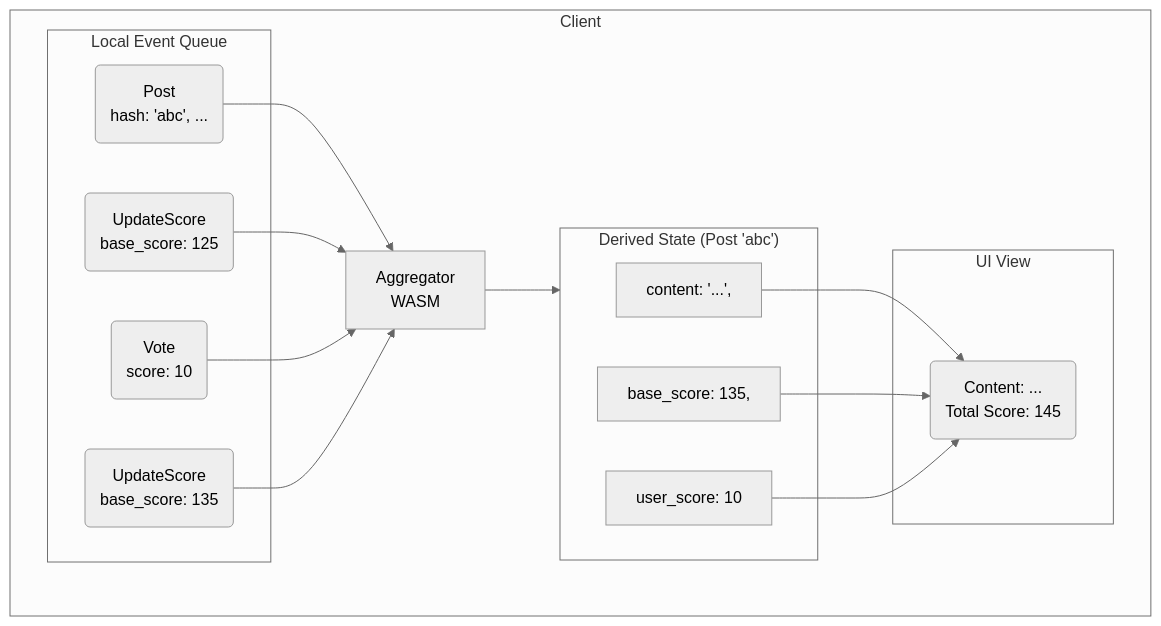
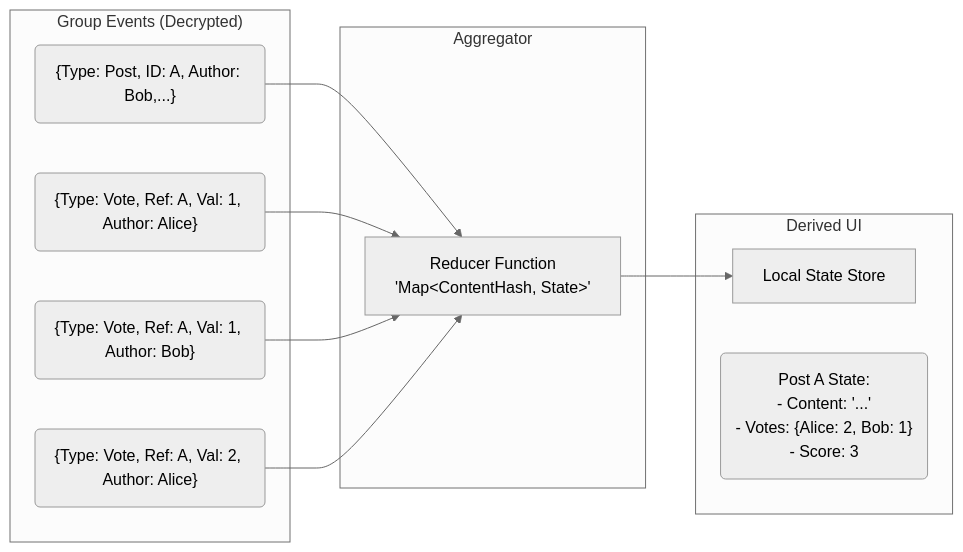
One commit to krinistof/dt changed the second of 2 diagrams in docs/architecture.md. Above: the diagram before and after it, drawn with Mermaid (neutral theme). The commit also changed other lines of this file, not shown here.

Commit message:
docs(arch): encrypt events so server compromise is mitigated

````diff
--- a/docs/architecture.md
+++ b/docs/architecture.md
@@ -46,33 +48,22 @@
 ```mermaid
-graph TD
-    subgraph "Client"
-         subgraph "Local Event Queue"
-             E1(Post <br> hash: 'abc', ...)
-             E2(UpdateScore <br> base_score: 125)
-             E3(Vote <br> score: 10)
-             E4(UpdateScore <br> base_score: 135)
-         end
+graph LR
+    subgraph "Group Events (Decrypted)"
+        E1("{Type: Post, ID: A, Author: Bob,...}")
+        E2("{Type: Vote, Ref: A, Val: 1, Author: Alice}")
+        E3("{Type: Vote, Ref: A, Val: 1, Author: Bob}")
+        E4("{Type: Vote, Ref: A, Val: 2, Author: Alice}")
+    end
 
-         A[Aggregator <br> WASM]
+    subgraph "Aggregator"
+        Reducer[Reducer Function<br/>'Map&lt;ContentHash, State&gt;']
+    end
 
-         subgraph State ["Derived State (Post 'abc')"]
-             S1["content: '...'",]
-             S2["base_score: 135",]
-             S3["user_score: 10"]
-         end
+    subgraph "Derived UI"
+        Store[Local State Store]
+        S1("Post A State:<br/>- Content: '...'<br/>- Votes: {Alice: 2, Bob: 1}<br/>- Score: 3")
+    end
 
-         subgraph "UI View"
-            UI("Content: ...<br>Total Score: 145")
-         end
-     end
 
-     E1 --> A
-     E2 --> A
-     E3 --> A
-     E4 --> A
-
-     A --> State
-     S1 --> UI
-     S2 --> UI
-     S3 --> UI
+    E1 & E2 & E3 & E4 --> Reducer
+    Reducer --> Store
 ```
````
